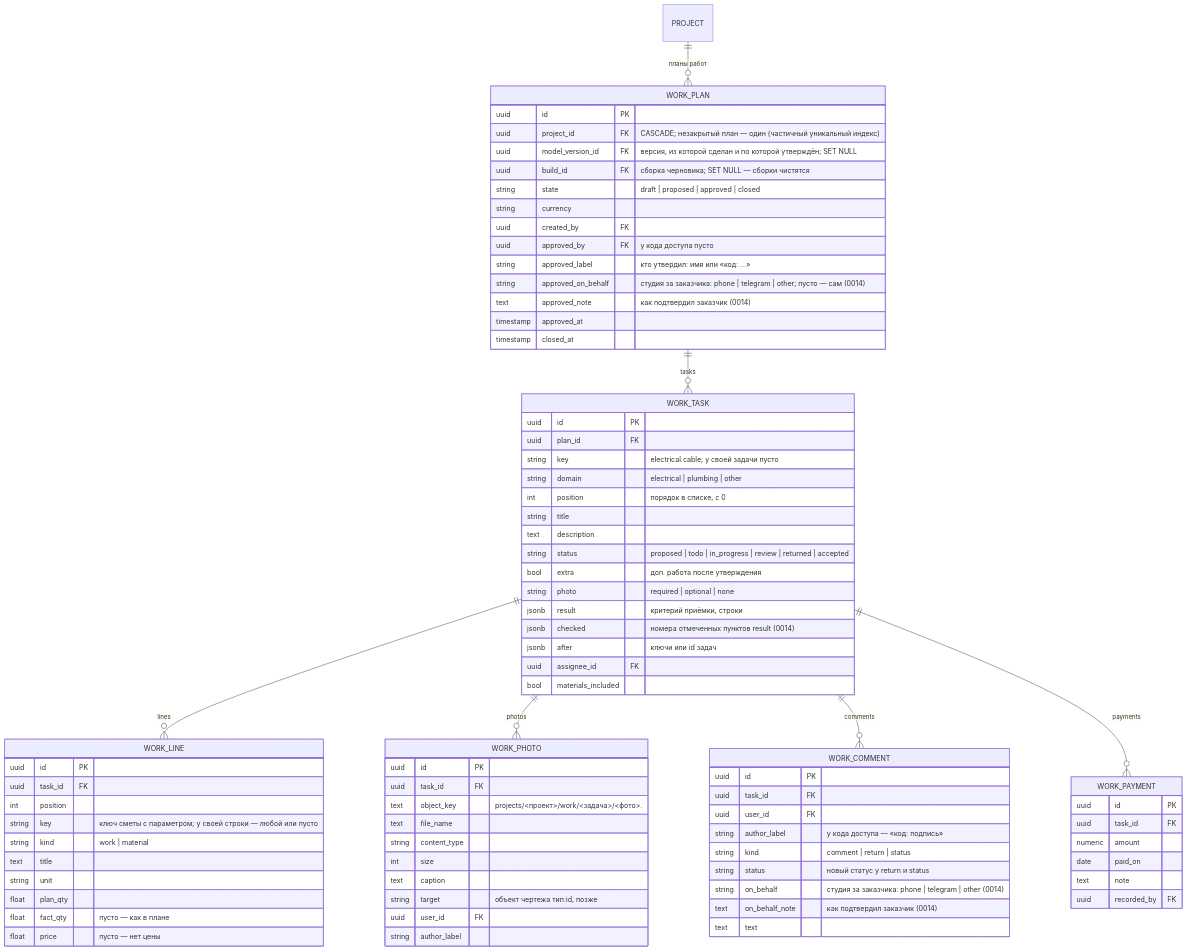
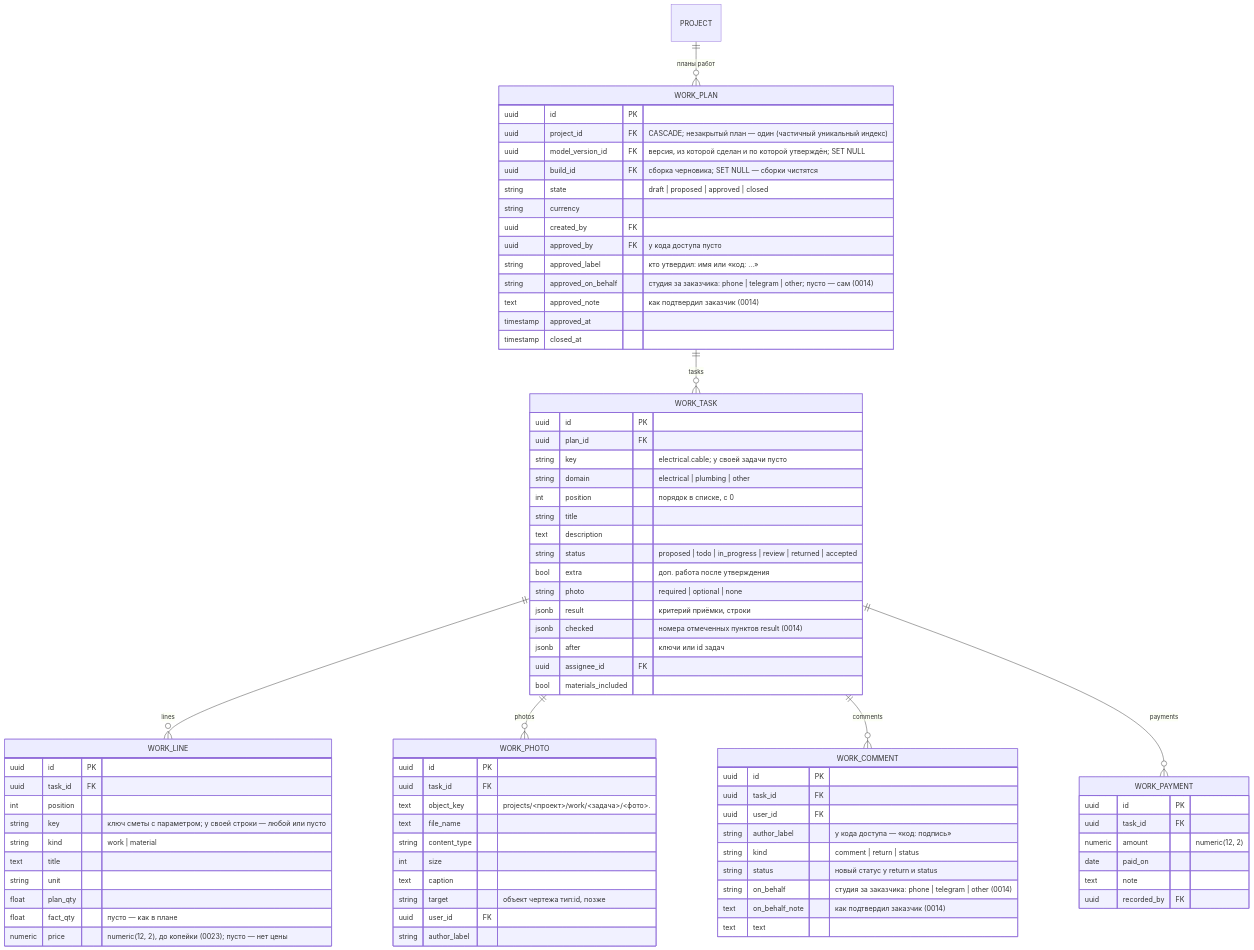
One commit to Coder801/floorplan-engine changed the fourth of 5 diagrams in docs/database.md. Above: the diagram before and after it, drawn with Mermaid. The commit also changed other lines of this file and 9 other files, not shown here.

```diff
--- a/docs/database.md
+++ b/docs/database.md
@@ -482,7 +482,7 @@
     string unit
     float plan_qty
     float fact_qty "пусто — как в плане"
-    float price "пусто — нет цены"
+    numeric price "numeric(12, 2), до копейки (0023); пусто — нет цены"
   }
   WORK_PHOTO {
     uuid id PK
@@ -510,7 +510,7 @@
   WORK_PAYMENT {
     uuid id PK
     uuid task_id FK
-    numeric amount
+    numeric amount "numeric(12, 2)"
     date paid_on
     text note
     uuid recorded_by FK
```
